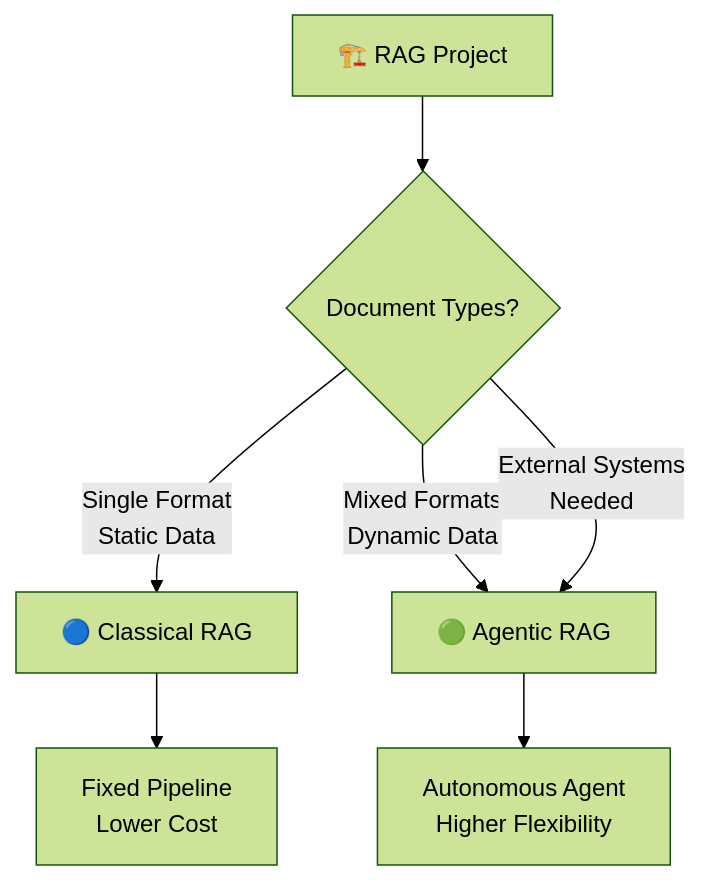
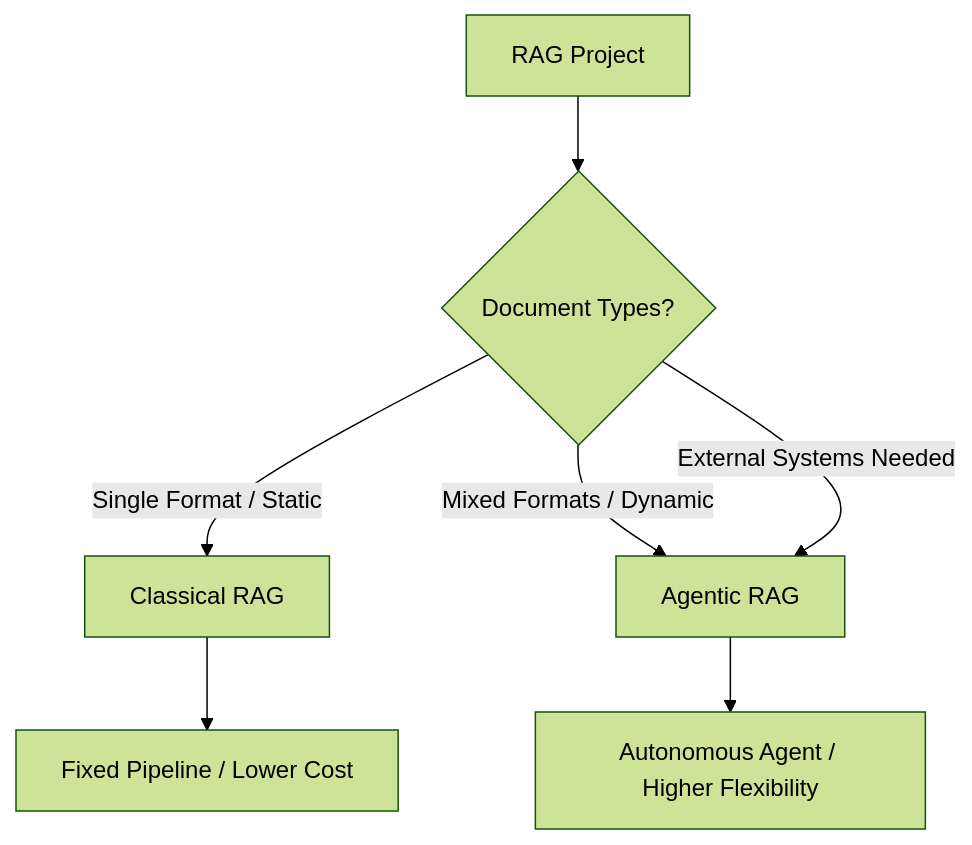
Before and after one commit to ahmet-ozel/rag-architecture-guide: the diagram in README.md, drawn with Mermaid (forest theme). The commit also changed other lines of this file, not shown here.

````diff
--- a/README.md
+++ b/README.md
@@ -10,9 +11,9 @@
 ```mermaid
 graph TD
-    A[🏗️ RAG Project] --> B{Document Types?}
-    B -->|Single Format<br/>Static Data| C[🔵 Classical RAG]
-    B -->|Mixed Formats<br/>Dynamic Data| D[🟢 Agentic RAG]
-    B -->|External Systems<br/>Needed| D
-    C --> E[Fixed Pipeline<br/>Lower Cost]
-    D --> F[Autonomous Agent<br/>Higher Flexibility]
+    A[RAG Project] --> B{Document Types?}
+    B -->|Single Format / Static| C[Classical RAG]
+    B -->|Mixed Formats / Dynamic| D[Agentic RAG]
+    B -->|External Systems Needed| D
+    C --> E[Fixed Pipeline / Lower Cost]
+    D --> F[Autonomous Agent / Higher Flexibility]
 ```
````
